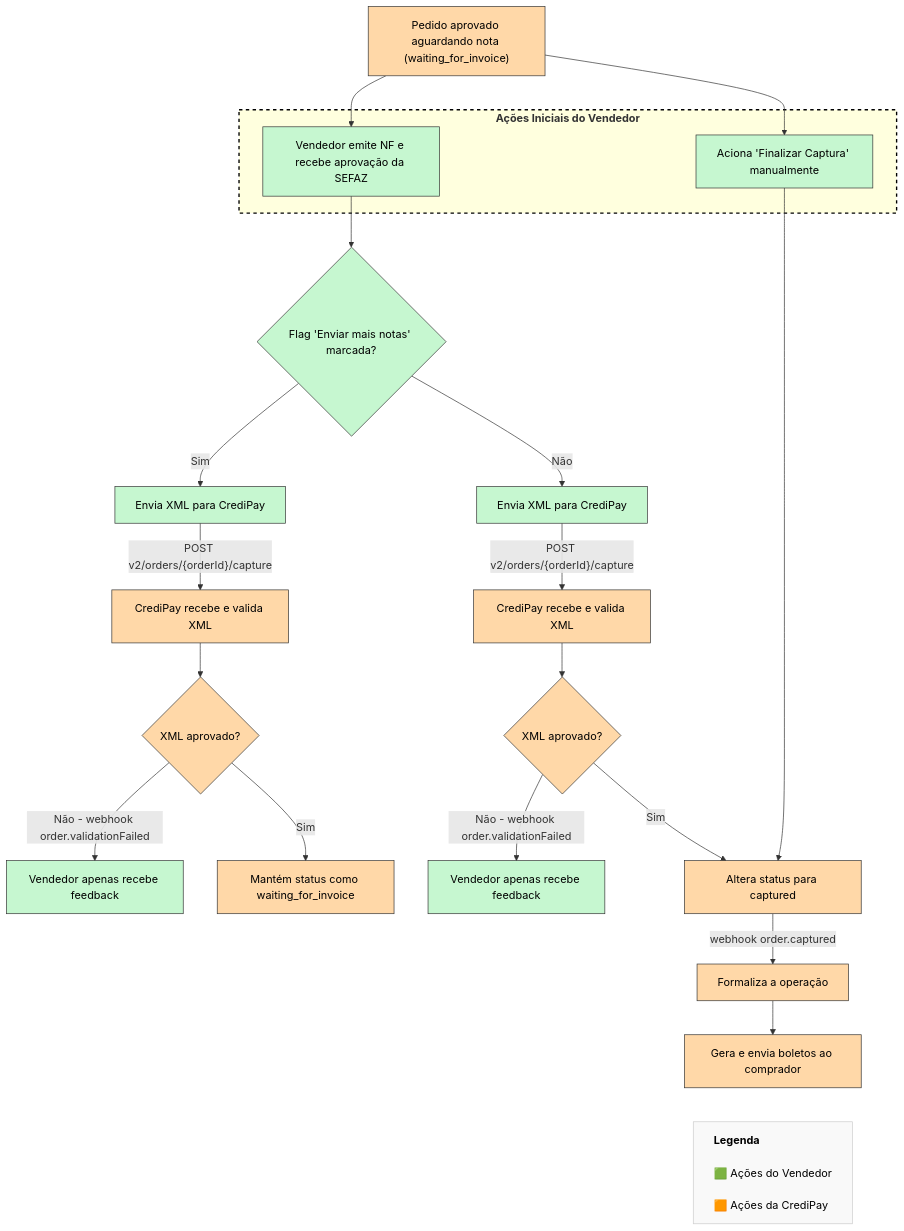
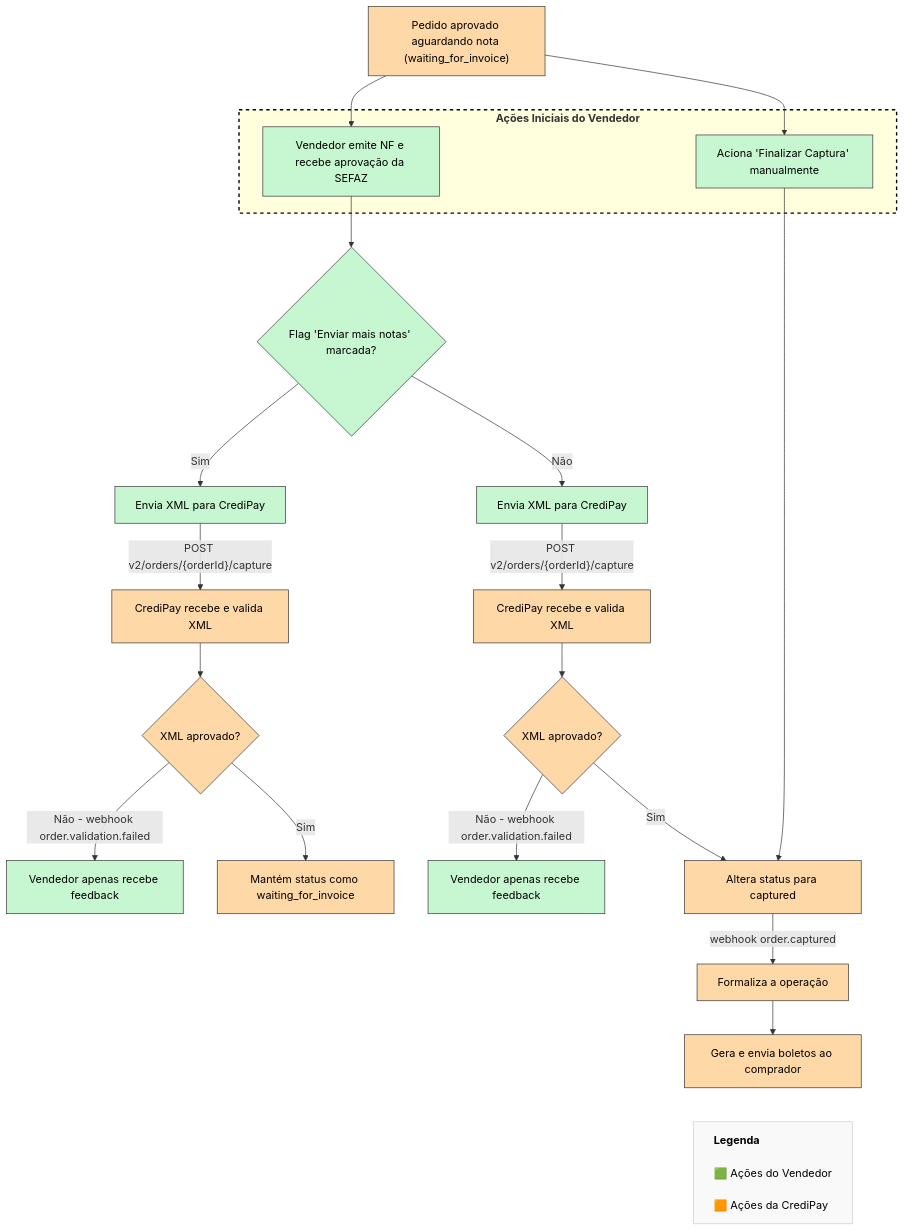
Before and after one commit to credix-finance/credipay-rdme-docs: the diagram in docs/INTEGRAÇÃO COMPLETA/módulos-de-integração-1/adicional-múltiplas-notas-fiscais-por-pedido.md, drawn with Mermaid.

Commit message:
Updated "Adicional: Múltiplas Notas Fiscais por pedido" in docs

````diff
--- a/docs/INTEGRAÇÃO COMPLETA/módulos-de-integração-1/adicional-múltiplas-notas-fiscais-por-pedido.md
+++ b/docs/INTEGRAÇÃO COMPLETA/módulos-de-integração-1/adicional-múltiplas-notas-fiscais-por-pedido.md
@@ -20,67 +20,67 @@
 ```mermaid
 flowchart TD
     %% Início do Fluxo
     n1["Pedido aprovado aguardando nota (waiting_for_invoice)"]
 
     subgraph s1["<b>Ações Iniciais do Vendedor</b>"]
         n2["Vendedor emite NF e recebe aprovação da SEFAZ"]
         n10["Aciona 'Finalizar Captura' manualmente"]
     end
 
     n1 --> n2
     n1 --> n10
 
     %% Validação da Flag
     n2 --> n7{"Flag 'Enviar mais notas' marcada?"}
 
     %% Caminho SIM: Mantém em waiting_for_invoice
     n7 -- "Sim" --> n3a["Envia XML para CrediPay"]
     n3a -- POST v2/orders/{orderId}/capture --> n4a["CrediPay recebe e valida XML"]
     n4a --> n5a{"XML aprovado?"}
-    n5a -- "Não - webhook order.validationFailed" --> n6a["Vendedor apenas recebe feedback"]
+    n5a -- "Não - webhook order.validation.failed" --> n6a["Vendedor apenas recebe feedback"]
     n5a -- "Sim" --> n8["Mantém status como waiting_for_invoice"]
     
     %% Caminho NÃO: Segue para finalização
     n7 -- "Não" --> n3b["Envia XML para CrediPay"]
     n3b -- POST v2/orders/{orderId}/capture --> n4b["CrediPay recebe e valida XML"]
     n4b --> n5b{"XML aprovado?"}
-    n5b -- "Não - webhook order.validationFailed" --> n6b["Vendedor apenas recebe feedback"]
+    n5b -- "Não - webhook order.validation.failed" --> n6b["Vendedor apenas recebe feedback"]
     n5b -- "Sim" --> n11["Altera status para captured"]
 
     %% Caminho do Botão Manual 
     n10 --> n11
 
     %% Conclusão do Pedido
     n11 -- "webhook order.captured" --> n12["Formaliza a operação"]
     n12 --> n13["Gera e envia boletos ao comprador"]
 
     %% Legenda Compacta no Final usando Caracteres Unicode (Não some na renderização)
     n13 ~~~ Legenda
 
     Legenda["<b>Legenda</b><br><br>🟩 Ações do Vendedor<br><br>🟧 Ações da CrediPay"]:::legendaBox
 
     %% Estilização e Cores
     n1:::credipay
     n2:::vendedor
     n10:::vendedor
     n7:::vendedor
     n3a:::vendedor
     n4a:::credipay
     n5a:::credipay
     n8:::credipay
     n3b:::vendedor
     n4b:::credipay
     n5b:::credipay
     n6a:::vendedor
     n6b:::vendedor
     n11:::credipay
     n12:::credipay
     n13:::credipay
 
     %% Definições de Classes Visuais
     classDef vendedor fill:#C6F7D0,stroke:#333,stroke-width:1px,color:#000;
     classDef credipay fill:#FFD8A8,stroke:#333,stroke-width:1px,color:#000;
     classDef legendaBox fill:#f9f9f9,stroke:#ccc,stroke-width:1px,color:#000,text-align:left;
     
     style s1 stroke:#000000,stroke-width:2px,stroke-dasharray: 5 5
 ```
````
